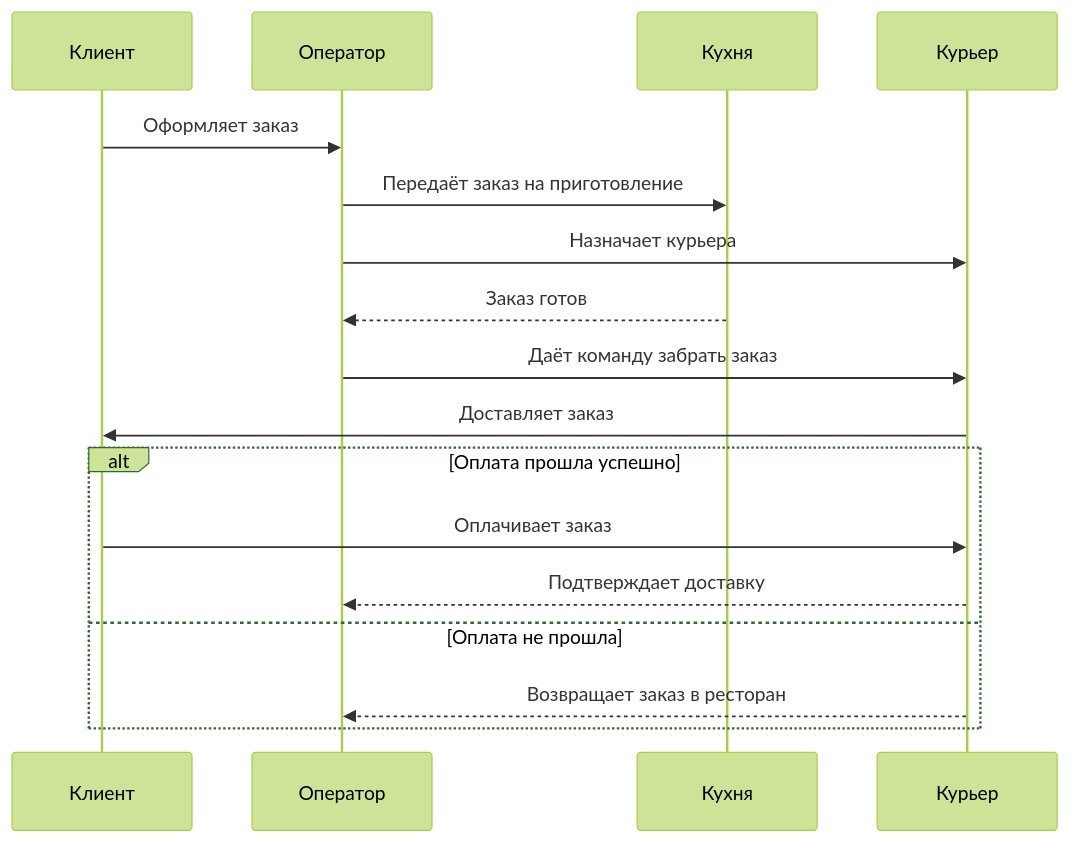
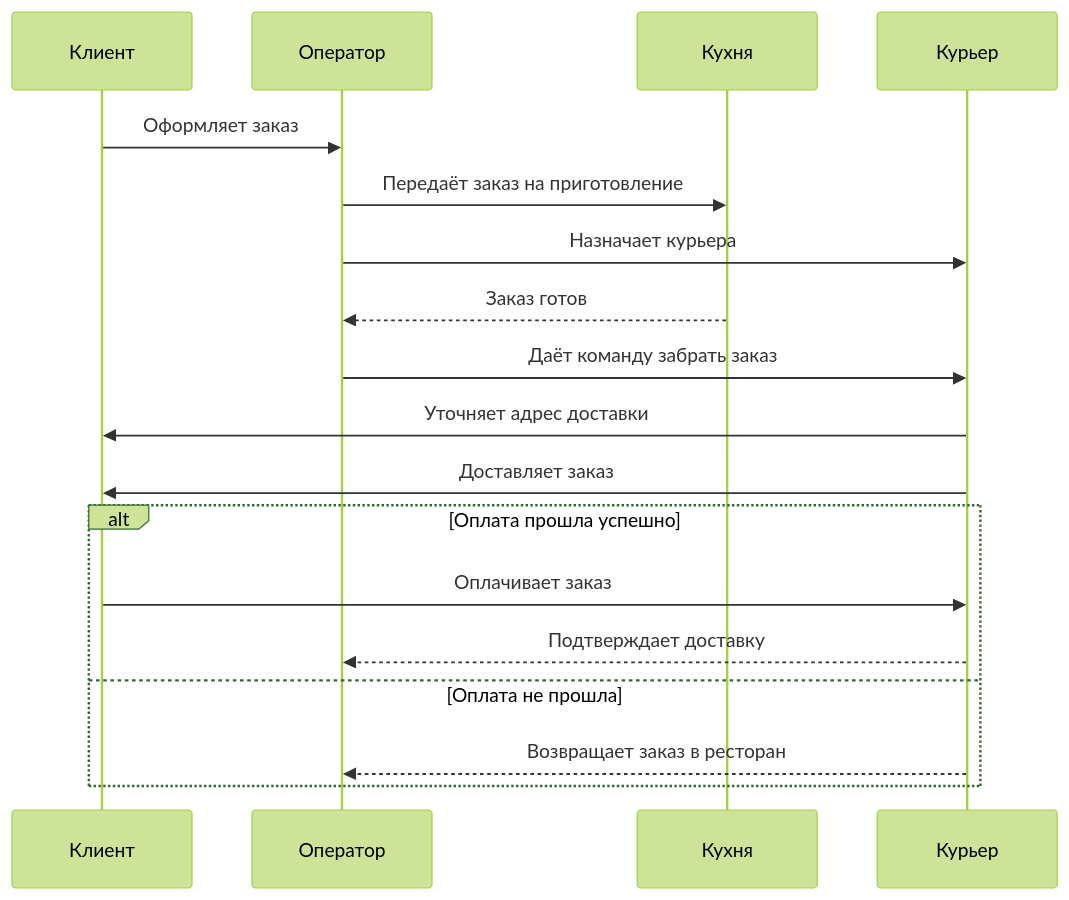
Before and after one commit to ssaikk25/visual-programming-labs-Korol: the diagram in lab1/docs/sequence.md, drawn with Mermaid (forest theme). The commit also changed 1 other file, not shown here.

Commit message:
Update Mermaid diagrams

````diff
--- a/lab1/docs/sequence.md
+++ b/lab1/docs/sequence.md
@@ -5,20 +5,21 @@
 ```mermaid
 sequenceDiagram
     participant Клиент
     participant Оператор
     participant Кухня
     participant Курьер
 
     Клиент->>Оператор: Оформляет заказ
     Оператор->>Кухня: Передаёт заказ на приготовление
     Оператор->>Курьер: Назначает курьера
     Кухня-->>Оператор: Заказ готов
     Оператор->>Курьер: Даёт команду забрать заказ
+    Курьер->>Клиент: Уточняет адрес доставки
     Курьер->>Клиент: Доставляет заказ
     alt Оплата прошла успешно
         Клиент->>Курьер: Оплачивает заказ
         Курьер-->>Оператор: Подтверждает доставку
     else Оплата не прошла
         Курьер-->>Оператор: Возвращает заказ в ресторан
     end
 ```
````
